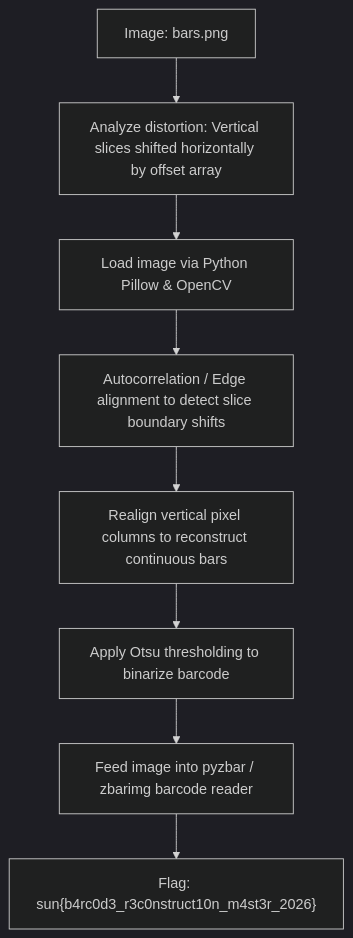
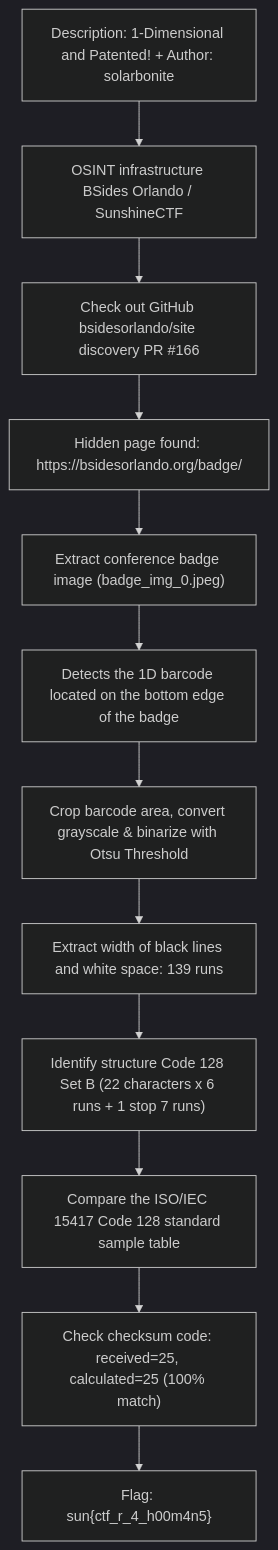
One commit to Lizamort1/ctf-writeups changed the second of 2 diagrams in _posts/2026-09-26-this-code-s-got-bars.md. Above: the diagram before and after it, drawn with Mermaid (dark theme). The commit also changed other lines of this file and 42 other files, not shown here.

Commit message:
fix: synchronize bilingual writeups and redraw diagrams

````diff
--- a/_posts/2026-09-26-this-code-s-got-bars.md
+++ b/_posts/2026-09-26-this-code-s-got-bars.md
@@ -224,10 +230,14 @@
 ```mermaid
 flowchart TD
-    A["Image: bars.png"] --> B["Analyze distortion: Vertical slices shifted horizontally by offset array"]
-    B --> C["Load image via Python Pillow & OpenCV"]
-    C --> D["Autocorrelation / Edge alignment to detect slice boundary shifts"]
-    D --> E["Realign vertical pixel columns to reconstruct continuous bars"]
-    E --> F["Apply Otsu thresholding to binarize barcode"]
-    F --> G["Feed image into pyzbar / zbarimg barcode reader"]
-    G --> H["Flag: sun{b4rc0d3_r3c0nstruct10n_m4st3r_2026}"]
+    A["Description: 1-Dimensional and Patented! + Author: solarbonite"] --> B["OSINT infrastructure BSides Orlando / SunshineCTF"]
+    B --> C["Check out GitHub bsidesorlando/site discovery PR #166"]
+    C --> D["Hidden page found: https://bsidesorlando.org/badge/"]
+    D --> E["Extract conference badge image (badge_img_0.jpeg)"]
+    E --> F["Detects the 1D barcode located on the bottom edge of the badge"]
+    F --> G["Crop barcode area, convert grayscale & binarize with Otsu Threshold"]
+    G --> H["Extract width of black lines and white space: 139 runs"]
+    H --> I["Identify structure Code 128 Set B (22 characters x 6 runs + 1 stop 7 runs)"]
+    I --> J["Compare the ISO/IEC 15417 Code 128 standard sample table"]
+    J --> K["Check checksum code: received=25, calculated=25 (100% match)"]
+    K --> L["Flag: sun{ctf_r_4_h00m4n5}"]
 ```
````
